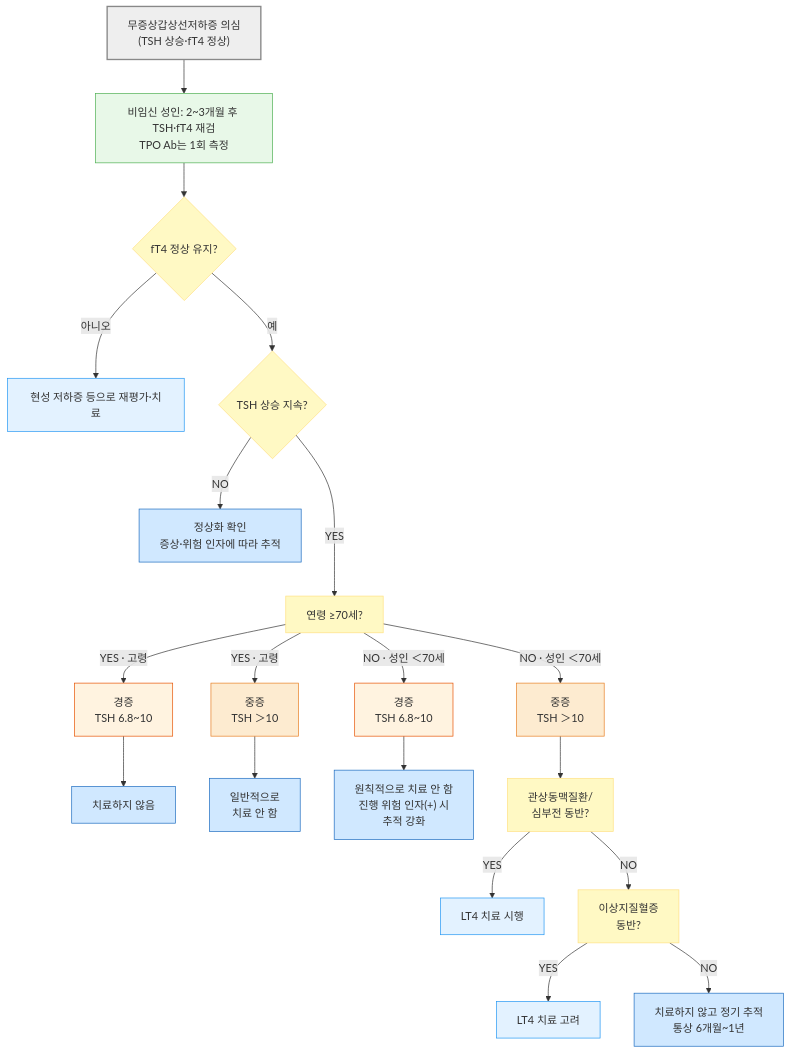
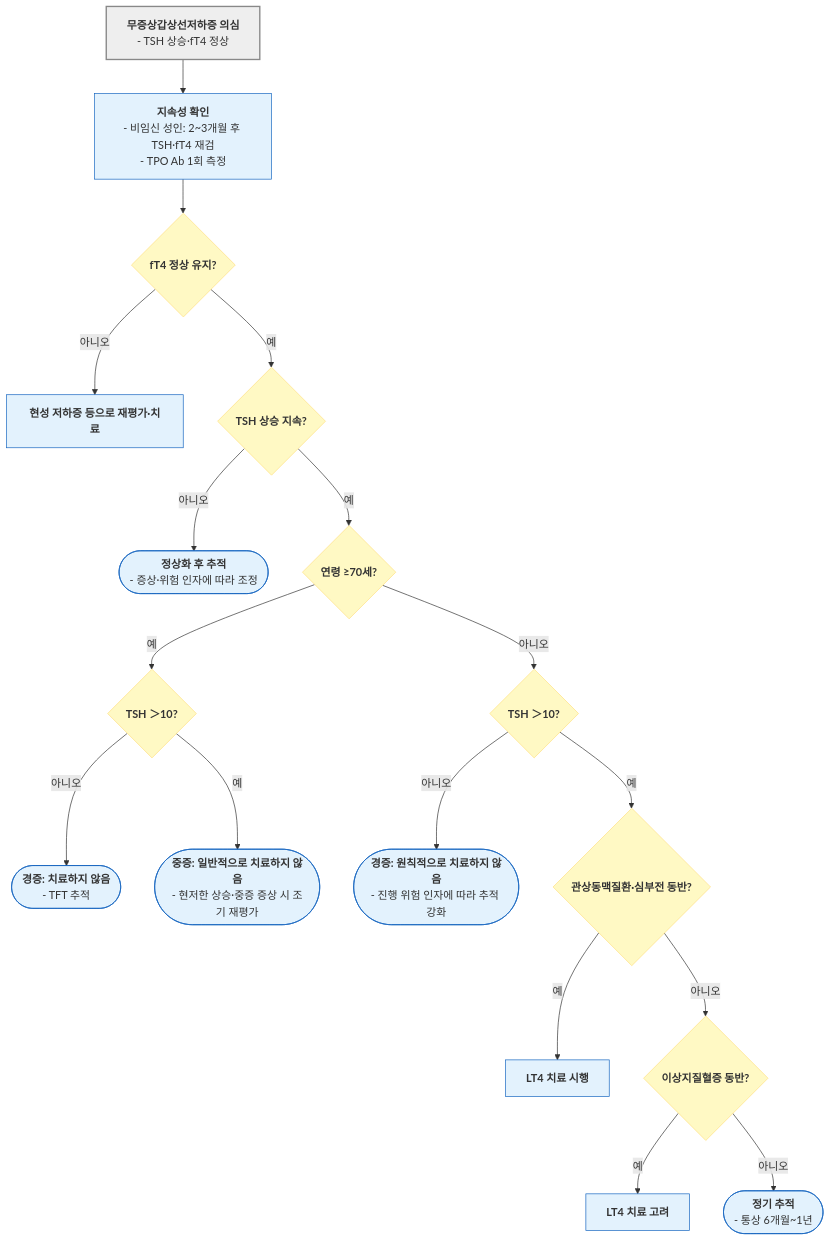
One commit to familyoh77/familyoh77 changed the second of 2 diagrams in 226_/105_-hypothyroidism.md. Above: the diagram before and after it, drawn with Mermaid. The commit also changed other lines of this file and 9 other files, not shown here.

````diff
--- a/226_/105_-hypothyroidism.md
+++ b/226_/105_-hypothyroidism.md
@@ -336,34 +351,32 @@
 ```mermaid
 flowchart TD
-    Start["무증상갑상선저하증 의심<br/>(TSH 상승·fT4 정상)"] --> Retest["비임신 성인: 2~3개월 후 TSH·fT4 재검<br/>TPO Ab는 1회 측정"]
-    Retest --> FT4Check{"fT4 정상 유지?"}
-    FT4Check -->|아니오| Overt["현성 저하증 등으로 재평가·치료"]
-    FT4Check -->|예| Persist{"TSH 상승 지속?"}
-    Persist -->|NO| Resolve["정상화 확인<br/>증상·위험 인자에 따라 추적"]
-    Persist --->|YES| Age["연령 ≥70세?"]
-    Age -->|YES · 고령| ElderlyMild["경증<br>TSH 6.8~10"]
-    Age -->|YES · 고령| ElderlySevere["중증<br>TSH ＞10"]
-    ElderlyMild --> ElderlyMildTx["치료하지 않음"]
-    ElderlySevere --> ElderlySevereTx["일반적으로<br>치료 안 함"]
-    Age -->|NO · 성인 ＜70세| AdultMild["경증<br>TSH 6.8~10"]
-    Age -->|NO · 성인 ＜70세| AdultSevere["중증<br>TSH ＞10"]
-    AdultMild --> AdultMildTx["원칙적으로 치료 안 함<br>진행 위험 인자(+) 시<br>추적 강화"]
-    AdultSevere --> CADHF["관상동맥질환/<br>심부전 동반?"]
-    CADHF -->|YES| TxYes["LT4 치료 시행"]
-    CADHF -->|NO| Dyslip["이상지질혈증<br>동반?"]
-    Dyslip -->|YES| TxConsider["LT4 치료 고려"]
-    Dyslip -->|NO| Observe["치료하지 않고 정기 추적<br/>통상 6개월~1년"]
-
-style Start fill:#eeeeee,stroke:#888888,stroke-width:2px
-classDef yellow fill:#fff9c4,stroke:#ffe082
-class Age,Persist,CADHF,Dyslip,FT4Check yellow
-classDef orange fill:#fdebd0,stroke:#e67e22
-class ElderlySevere,AdultSevere orange
-classDef orange50 fill:#fff3e0,stroke:#e65100
-class AdultMild,ElderlyMild orange50
-classDef sky fill:#e3f2ff,stroke:#2196f3
-class TxConsider,TxYes,Overt sky
-classDef blue fill:#d0e8ff,stroke:#1a6abf
-class Resolve,ElderlyMildTx,ElderlySevereTx,AdultMildTx,Observe blue
-style Retest fill:#e8f8e8,stroke:#4caf50
+    Start["`**무증상갑상선저하증 의심**
+- TSH 상승·fT4 정상`"] --> Retest["`**지속성 확인**
+- 비임신 성인: 2~3개월 후 TSH·fT4 재검
+- TPO Ab 1회 측정`"]
+    Retest --> FT4Check{"`**fT4 정상 유지?**`"}
+    FT4Check -->|아니오| Overt["`**현성 저하증 등으로 재평가·치료**`"]
+    FT4Check -->|예| Persist{"`**TSH 상승 지속?**`"}
+    Persist -->|아니오| Resolve(["`**정상화 후 추적**
+- 증상·위험 인자에 따라 조정`"])
+    Persist -->|예| Age{"`**연령 ≥70세?**`"}
+    Age -->|예| ElderlySeverity{"`**TSH ＞10?**`"}
+    ElderlySeverity -->|아니오| ElderlyMildTx(["`**경증: 치료하지 않음**
+- TFT 추적`"])
+    ElderlySeverity -->|예| ElderlySevereTx(["`**중증: 일반적으로 치료하지 않음**
+- 현저한 상승·중증 증상 시 조기 재평가`"])
+    Age -->|아니오| AdultSeverity{"`**TSH ＞10?**`"}
+    AdultSeverity -->|아니오| AdultMildTx(["`**경증: 원칙적으로 치료하지 않음**
+- 진행 위험 인자에 따라 추적 강화`"])
+    AdultSeverity -->|예| CADHF{"`**관상동맥질환·심부전 동반?**`"}
+    CADHF -->|예| TxYes["`**LT4 치료 시행**`"]
+    CADHF -->|아니오| Dyslip{"`**이상지질혈증 동반?**`"}
+    Dyslip -->|예| TxConsider["`**LT4 치료 고려**`"]
+    Dyslip -->|아니오| Observe(["`**정기 추적**
+- 통상 6개월~1년`"])
+    classDef question fill:#fff9c4,stroke:#ffe082
+    classDef treatment fill:#e3f2fd,stroke:#1565c0
+    class Age,Persist,CADHF,Dyslip,FT4Check,ElderlySeverity,AdultSeverity question
+    class Retest,Overt,Resolve,ElderlyMildTx,ElderlySevereTx,AdultMildTx,TxYes,TxConsider,Observe treatment
+    style Start fill:#eeeeee,stroke:#888888,stroke-width:2px
 ```
````
